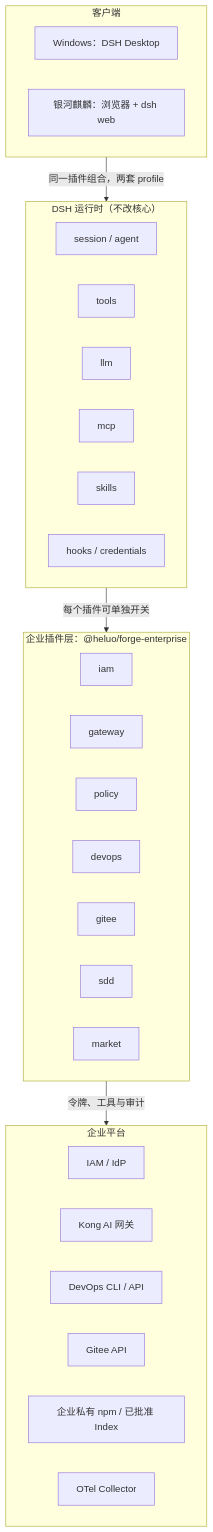
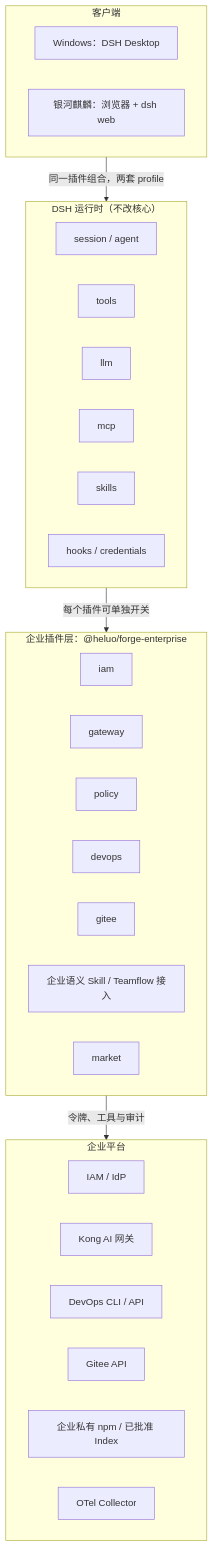
Before and after one commit to hrygo/heluo-forge: the second of 2 diagrams in docs/architecture/platform-architecture.md, drawn with Mermaid. The commit also changed other lines of this file and 21 other files, not shown here.

````diff
--- a/docs/architecture/platform-architecture.md
+++ b/docs/architecture/platform-architecture.md
@@ -143,39 +145,39 @@
 ```mermaid
 flowchart TB
   subgraph C["客户端"]
     direction LR
     W["Windows：DSH Desktop"]
     K["银河麒麟：浏览器 + dsh web"]
   end
   subgraph R["DSH 运行时（不改核心）"]
     direction LR
     A["session / agent"]
     T["tools"]
     L["llm"]
     M["mcp"]
     S["skills"]
     H["hooks / credentials"]
   end
   subgraph P["企业插件层：@heluo/forge-enterprise"]
     direction LR
     IAM["iam"]
     GW["gateway"]
     POL["policy"]
     DEV["devops"]
     GIT["gitee"]
-    SDD["sdd"]
+    FLOW["企业语义 Skill / Teamflow 接入"]
     MKT["market"]
   end
   subgraph PL["企业平台"]
     direction LR
     IDP["IAM / IdP"]
     KONG["Kong AI 网关"]
     DAPI["DevOps CLI / API"]
     GAPI["Gitee API"]
     REG["企业私有 npm / 已批准 Index"]
     OT["OTel Collector"]
   end
   C -->|"同一插件组合，两套 profile"| R
   R -->|"每个插件可单独开关"| P
   P -->|"令牌、工具与审计"| PL
 ```
````
